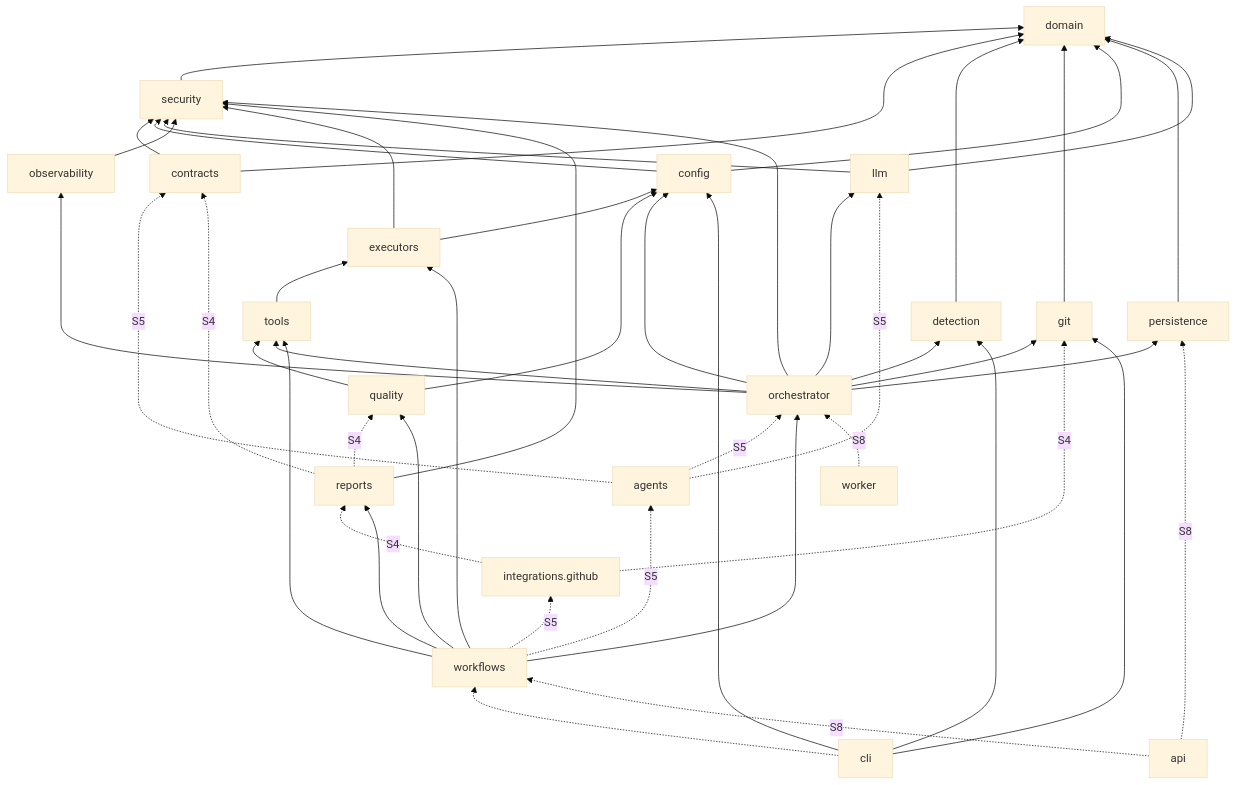
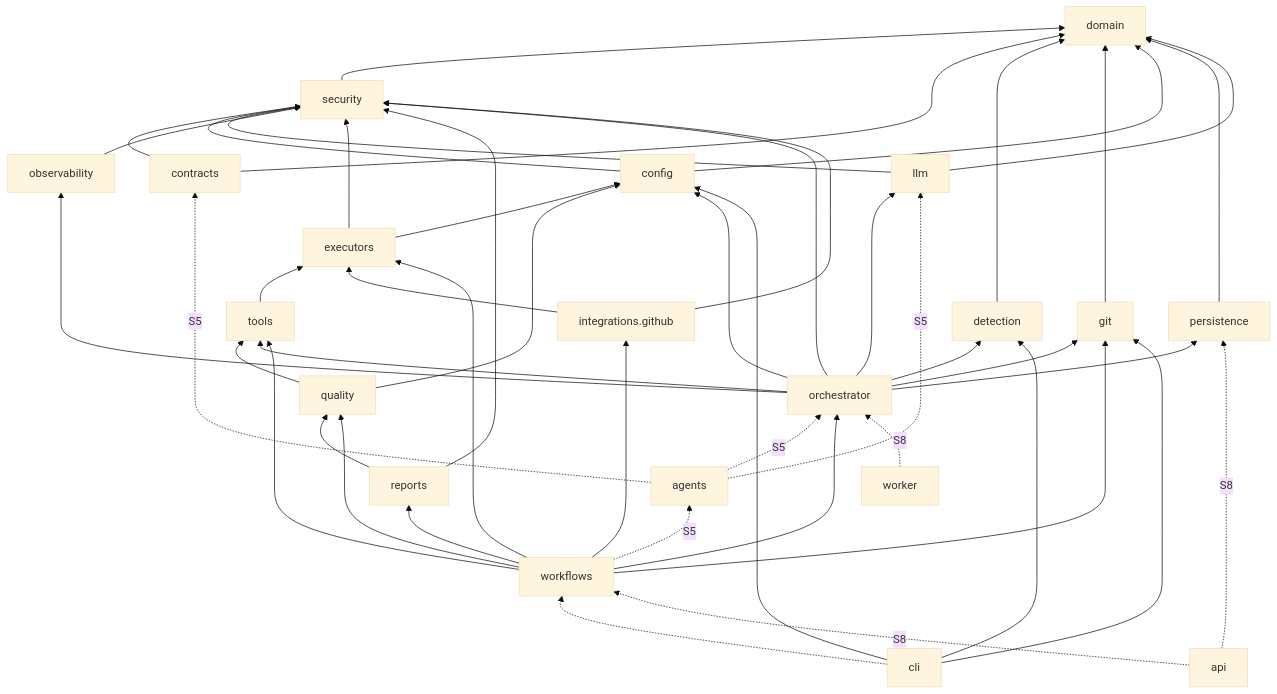
Before and after one commit to aitmaganbetov/ai-coding-platform: the diagram in docs/architecture/modules.md, drawn with Mermaid (base theme). The commit also changed other lines of this file and 56 other files, not shown here.

First line of the commit message:
S4: GitHub integration, reusable workflows, SARIF/JUnit, pilots

````diff
--- a/docs/architecture/modules.md
+++ b/docs/architecture/modules.md
@@ -66,27 +70,28 @@
 ```mermaid
 flowchart BT
     domain
     security --> domain
     contracts --> security & domain
     detection --> domain
     git --> domain
     config --> security & domain
     persistence --> domain
     llm --> security & domain
     observability --> security
     executors --> security & config
     tools --> executors
     quality --> tools & config
     reports --> security
     orchestrator --> persistence & config & security & llm & git & detection & observability
     orchestrator --> tools
     agents -.S5.-> contracts & llm & orchestrator
-    reports -.S4.-> quality & contracts
-    github[integrations.github] -.S4.-> git & reports
+    reports --> quality
+    github[integrations.github] --> executors & security
     workflows --> orchestrator & quality & reports & tools & executors
-    workflows -.S5.-> agents & github
+    workflows --> github & git
+    workflows -.S5.-> agents
     cli --> config & detection & git
     cli -.-> workflows
     api -.S8.-> workflows & persistence
     worker -.S8.-> orchestrator
 ```
````
